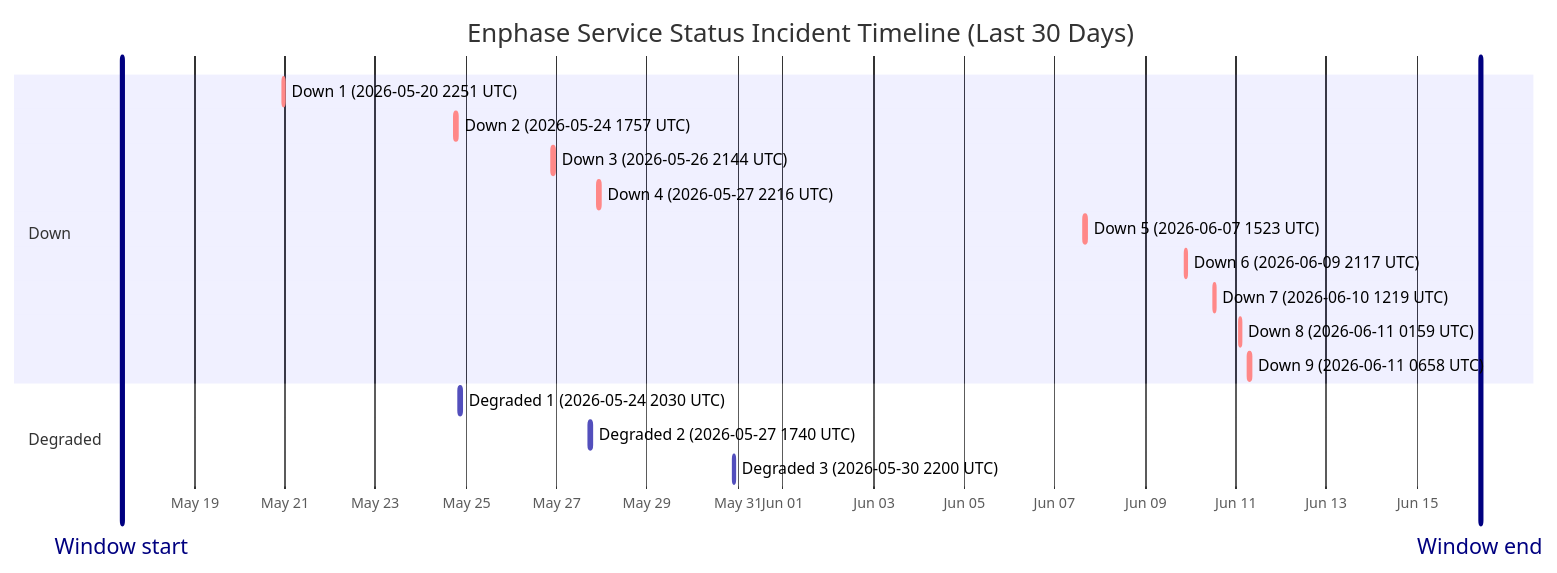
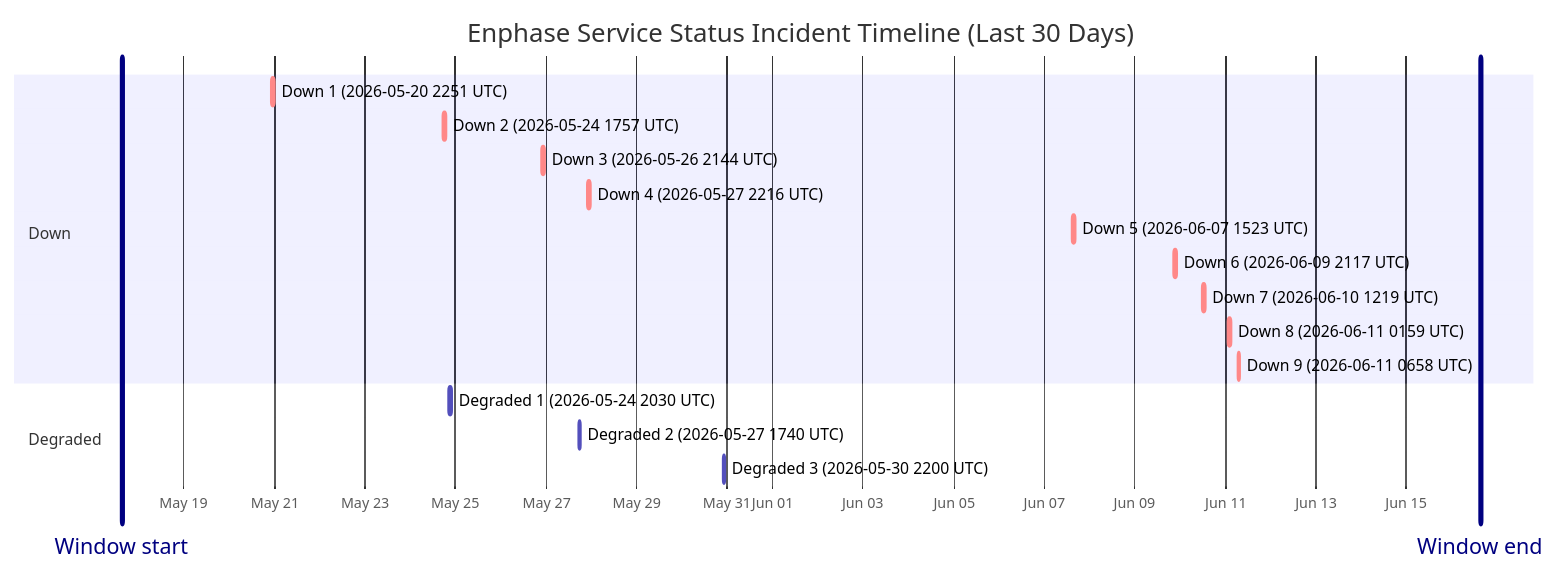
The diagram in wiki/Service-Status-History.md (barneyonline/ha-enphase-energy), drawn with Mermaid before and after one commit. The commit also changed other lines of this file and 3 other files, not shown here.

````diff
--- a/wiki/Service-Status-History.md
+++ b/wiki/Service-Status-History.md
@@ -14,22 +14,22 @@
 ```mermaid
 gantt
     title Enphase Service Status Incident Timeline (Last 30 Days)
     dateFormat  YYYY-MM-DDTHH:mm:ss
     axisFormat  %b %d
-    Window start :vert, window-start, 2026-05-17T09:32:17, 0ms
-    Window end :vert, window-end, 2026-06-16T09:32:17, 0ms
+    Window start :vert, window-start, 2026-05-17T15:09:37, 0ms
+    Window end :vert, window-end, 2026-06-16T15:09:37, 0ms
     section Down
     Down 1 (2026-05-20 2251 UTC) :crit, down-1, 2026-05-20T22:51:14, 75m
     Down 2 (2026-05-24 1757 UTC) :crit, down-2, 2026-05-24T17:57:41, 86m
     Down 3 (2026-05-26 2144 UTC) :crit, down-3, 2026-05-26T21:44:11, 85m
     Down 4 (2026-05-27 2216 UTC) :crit, down-4, 2026-05-27T22:16:53, 87m
     Down 5 (2026-06-07 1523 UTC) :crit, down-5, 2026-06-07T15:23:22, 87m
     Down 6 (2026-06-09 2117 UTC) :crit, down-6, 2026-06-09T21:17:17, 60m
     Down 7 (2026-06-10 1219 UTC) :crit, down-7, 2026-06-10T12:19:21, 60m
     Down 8 (2026-06-11 0159 UTC) :crit, down-8, 2026-06-11T01:59:36, 60m
     Down 9 (2026-06-11 0658 UTC) :crit, down-9, 2026-06-11T06:58:45, 60m
     section Degraded
     Degraded 1 (2026-05-24 2030 UTC) :active, degraded-1, 2026-05-24T20:30:57, 84m
     Degraded 2 (2026-05-27 1740 UTC) :active, degraded-2, 2026-05-27T17:40:52, 60m
     Degraded 3 (2026-05-30 2200 UTC) :active, degraded-3, 2026-05-30T22:00:37, 60m
 ```
````
